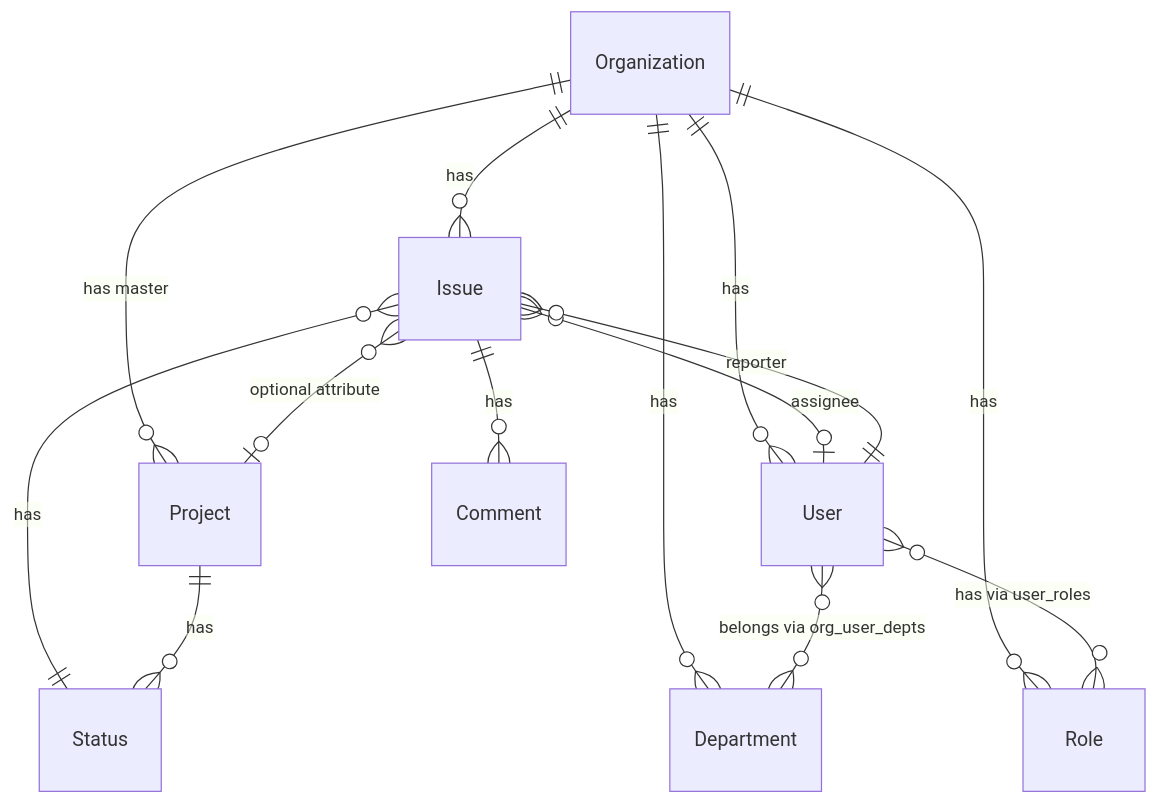
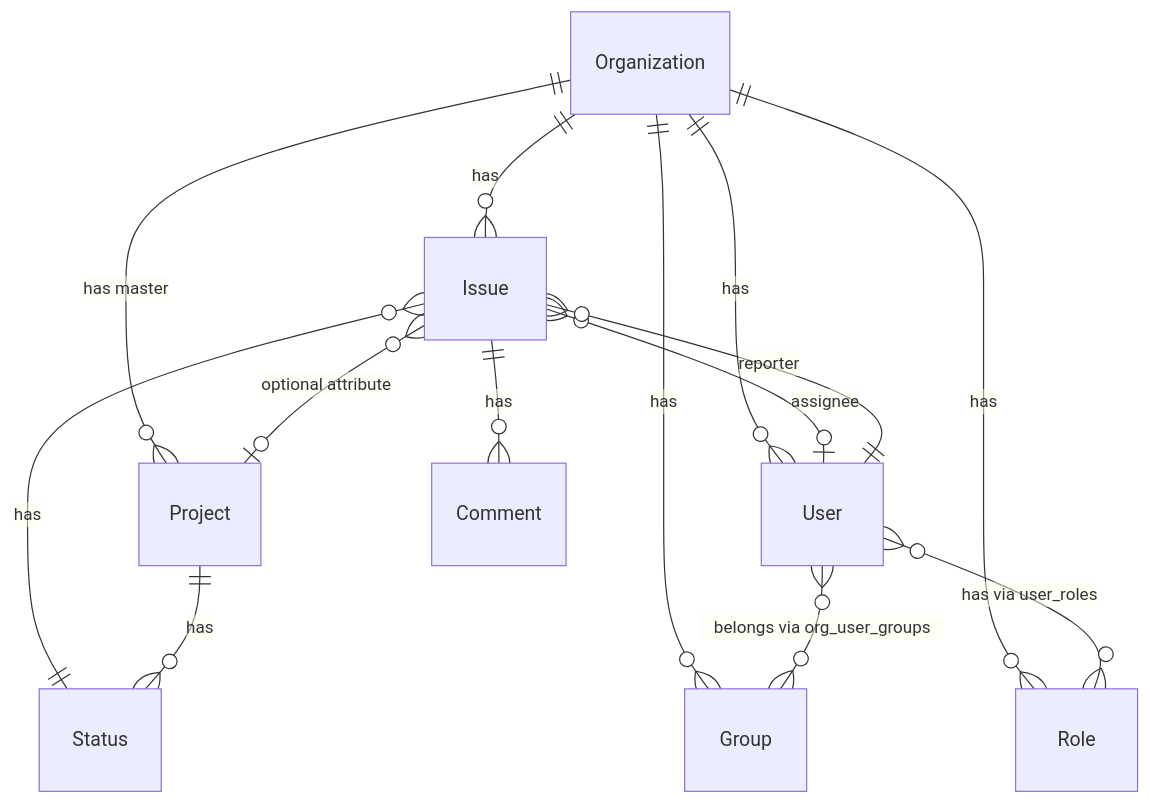
Before and after one commit to uraguchihiroki/project_management_tool: the diagram in .sdd/domain-model.md, drawn with Mermaid. The commit also changed other lines of this file and 33 other files, not shown here.

````diff
--- a/.sdd/domain-model.md
+++ b/.sdd/domain-model.md
@@ -106,18 +106,18 @@
 ```mermaid
 erDiagram
     Organization ||--o{ Project : "has master"
     Organization ||--o{ User : has
-    Organization ||--o{ Department : has
+    Organization ||--o{ Group : has
     Organization ||--o{ Role : has
     Organization ||--o{ Issue : has
 
     Issue }o--o| Project : "optional attribute"
     Issue }o--|| Status : has
     Issue }o--o| User : assignee
     Issue }o--|| User : reporter
     Issue ||--o{ Comment : has
 
     Project ||--o{ Status : has
-    User }o--o{ Department : "belongs via org_user_depts"
+    User }o--o{ Group : "belongs via org_user_groups"
     User }o--o{ Role : "has via user_roles"
 ```
````
